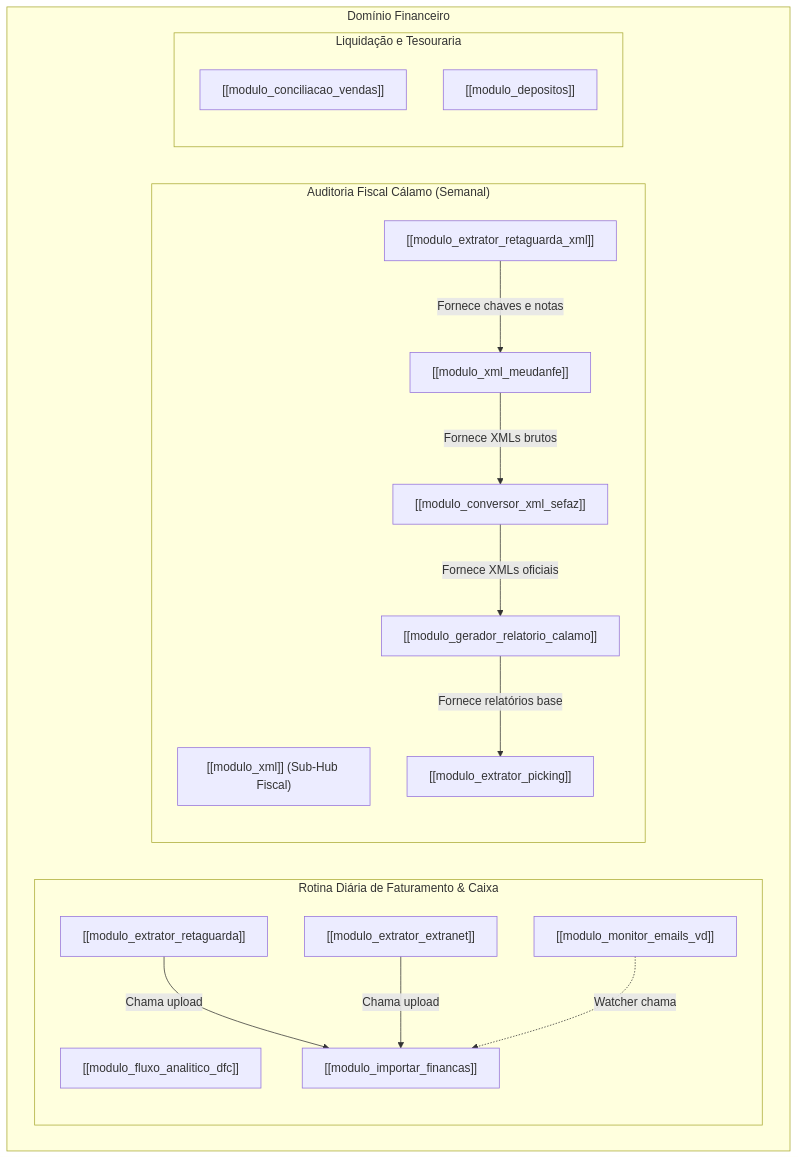
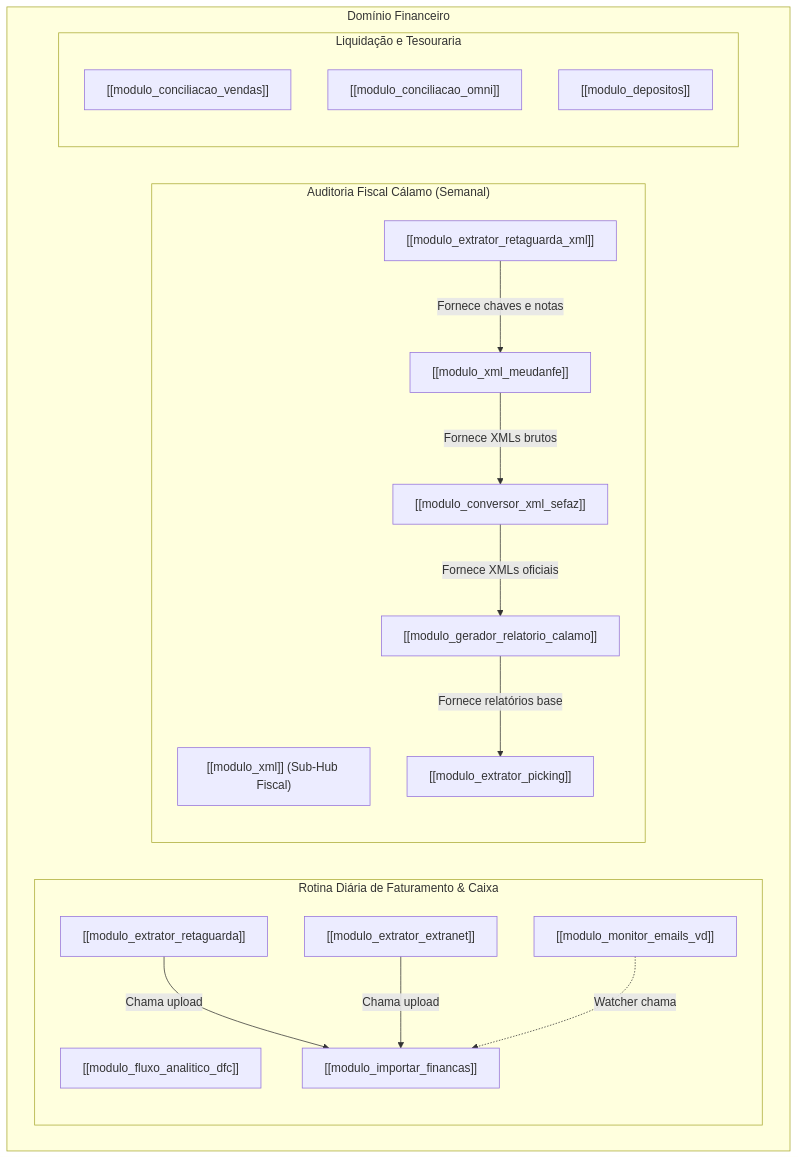
One commit to Mateuz12/sofi-core changed the first of 3 diagrams in obsidian/01_DOMAINS/dominio_financeiro.md. Above: the diagram before and after it, drawn with Mermaid. The commit also changed other lines of this file and 2 other files, not shown here.

Commit message:
docs: especificacao tecnica e documentacao de arquitetura do motor de conciliacao omni v1

````diff
--- a/obsidian/01_DOMAINS/dominio_financeiro.md
+++ b/obsidian/01_DOMAINS/dominio_financeiro.md
@@ -42,34 +42,35 @@
 ```mermaid
 graph TD
     subgraph Dominio_Financeiro["Domínio Financeiro"]
         subgraph Rotina_Faturamento["Rotina Diária de Faturamento & Caixa"]
             M_DFC["[[modulo_fluxo_analitico_dfc]]"]
             M_Retag["[[modulo_extrator_retaguarda]]"]
             M_Extr["[[modulo_extrator_extranet]]"]
             M_Importa["[[modulo_importar_financas]]"]
             M_VD["[[modulo_monitor_emails_vd]]"]
         end
 
         subgraph Auditoria_Fiscal["Auditoria Fiscal Cálamo (Semanal)"]
             M_XML["[[modulo_xml]] (Sub-Hub Fiscal)"]
             M_RetagXML["[[modulo_extrator_retaguarda_xml]]"]
             M_Danfe["[[modulo_xml_meudanfe]]"]
             M_Sefaz["[[modulo_conversor_xml_sefaz]]"]
             M_Calamo["[[modulo_gerador_relatorio_calamo]]"]
             M_Picking["[[modulo_extrator_picking]]"]
         end
 
         subgraph Conciliacao_Depositos["Liquidação e Tesouraria"]
             M_Concilia["[[modulo_conciliacao_vendas]]"]
+            M_Omni["[[modulo_conciliacao_omni]]"]
             M_Depositos["[[modulo_depositos]]"]
         end
     end
 
     M_Retag -->|Chama upload| M_Importa
     M_Extr -->|Chama upload| M_Importa
     M_VD -.->|Watcher chama| M_Importa
     M_RetagXML -->|Fornece chaves e notas| M_Danfe
     M_Danfe -->|Fornece XMLs brutos| M_Sefaz
     M_Sefaz -->|Fornece XMLs oficiais| M_Calamo
     M_Calamo -->|Fornece relatórios base| M_Picking
 ```
````
